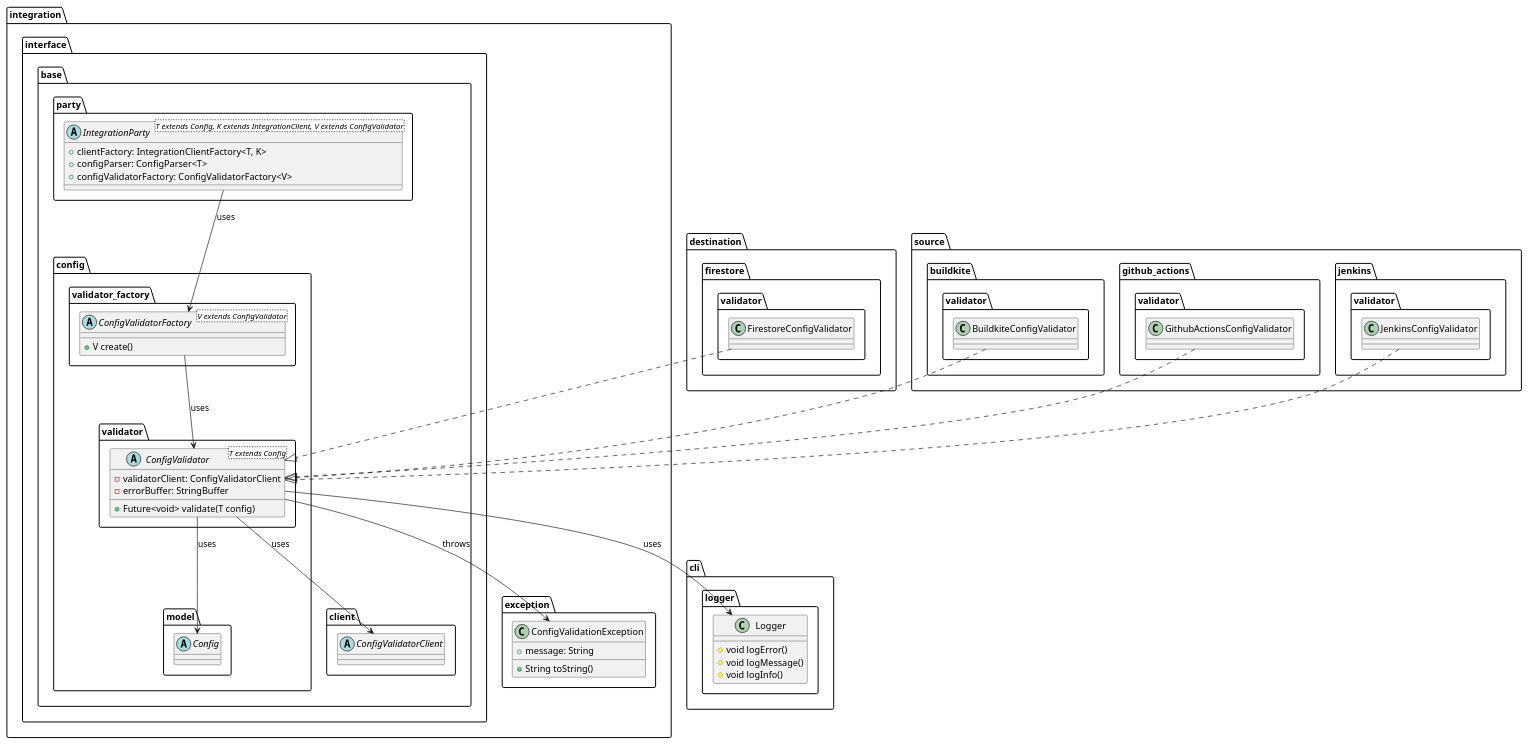
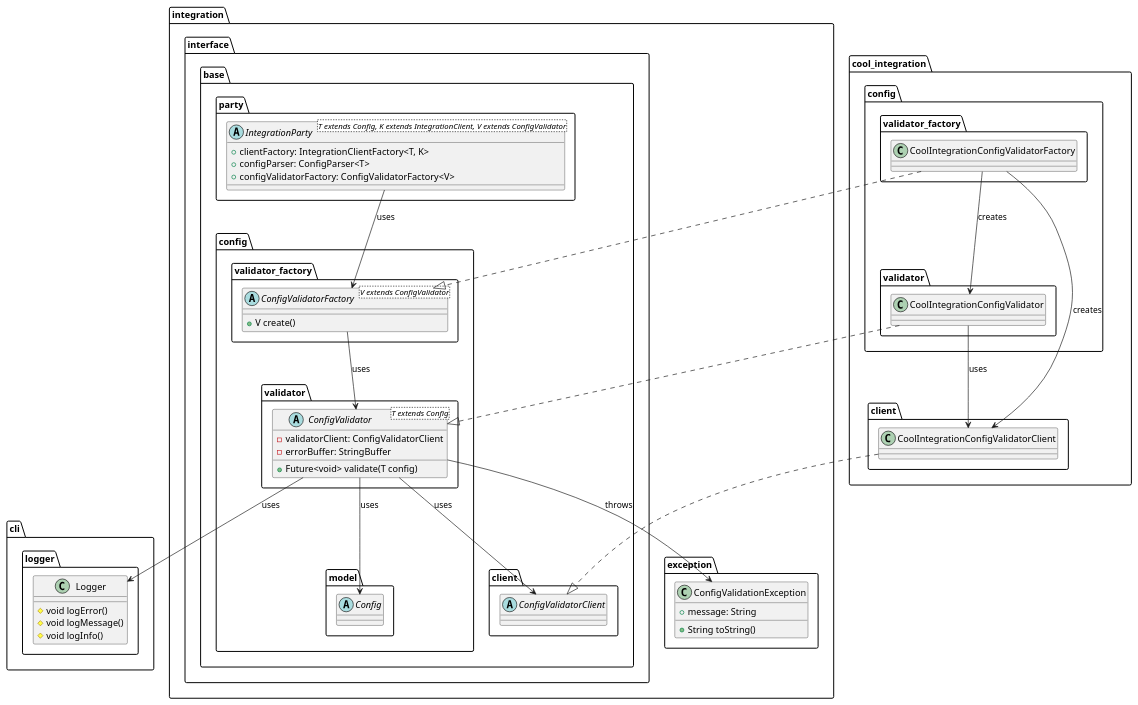
One commit to Flank/flank-dashboard changed the diagram in metrics/ci_integrations/docs/diagrams/ci_integrations_config_validator_class_diagram.puml. Above: the diagram before and after it, drawn with PlantUML. The commit also changed 2 other files, not shown here.

Commit message:
Add package structure, update diagrams

```diff
--- a/metrics/ci_integrations/docs/diagrams/ci_integrations_config_validator_class_diagram.puml
+++ b/metrics/ci_integrations/docs/diagrams/ci_integrations_config_validator_class_diagram.puml
@@ -1,87 +1,87 @@
 @startuml ci_integrations_config_validator_class_diagram
 
     package integration {
         package interface.base {
             package party {
                 abstract class IntegrationParty<T extends Config, K extends IntegrationClient, V extends ConfigValidator> {
                     + clientFactory: IntegrationClientFactory<T, K>
                     + configParser: ConfigParser<T>
                     + configValidatorFactory: ConfigValidatorFactory<V>
                 }
             }
 
             package client {
                 abstract class ConfigValidatorClient {}
             }
 
             package config {
                 package model {
                     abstract class Config {}
                 }
 
                 package validator {
                     abstract class ConfigValidator<T extends Config> {
                         - validatorClient: ConfigValidatorClient
                         - errorBuffer: StringBuffer
                         + Future<void> validate(T config)
                     }
                 }
 
                 package validator_factory {
                     abstract class ConfigValidatorFactory<V extends ConfigValidator> {
                         + V create()
                     }
                 }
             }
         }
 
         package exception {
             class ConfigValidationException {
                 + message: String
                 + String toString()
             }
         }
 
     }
 
-    package destination.firestore.validator {
-        class FirestoreConfigValidator {}
-    }
+    package cool_integration {
+        package config as cool_integration_config {
+            package validator as cool_integration_validator {
+                class CoolIntegrationConfigValidator {}
+            }
 
-    package source {
-        package buildkite.validator {
-            class BuildkiteConfigValidator {}
+            package validator_factory as cool_integration_validator_validator_factory {
+                class CoolIntegrationConfigValidatorFactory {}
+            }
         }
 
-        package github_actions.validator {
-            class GithubActionsConfigValidator {}
-        }
-
-        package jenkins.validator {
-            class JenkinsConfigValidator {}
+        package client as cool_integration_client {
+            class CoolIntegrationConfigValidatorClient {}
         }
     }
 
     package cli.logger {
         class Logger {
             # void logError()
             # void logMessage()
             # void logInfo()
         }
     }
 
     IntegrationParty --> ConfigValidatorFactory : uses
 
     ConfigValidatorFactory --> ConfigValidator : uses
 
     ConfigValidator --> ConfigValidatorClient : uses
     ConfigValidator --> ConfigValidationException : throws
     ConfigValidator --> Logger : uses
     ConfigValidator --> Config : uses
 
-    FirestoreConfigValidator ..|> ConfigValidator
-    BuildkiteConfigValidator ..|> ConfigValidator
-    GithubActionsConfigValidator ..|> ConfigValidator
-    JenkinsConfigValidator ..|> ConfigValidator
+    CoolIntegrationConfigValidator ..|> ConfigValidator
+    CoolIntegrationConfigValidator --> CoolIntegrationConfigValidatorClient : uses
+    CoolIntegrationConfigValidatorFactory ..|> ConfigValidatorFactory
+    CoolIntegrationConfigValidatorFactory --> CoolIntegrationConfigValidator : creates
+    CoolIntegrationConfigValidatorFactory --> CoolIntegrationConfigValidatorClient : creates
+    CoolIntegrationConfigValidatorClient ..|> ConfigValidatorClient
 
 @enduml
```
